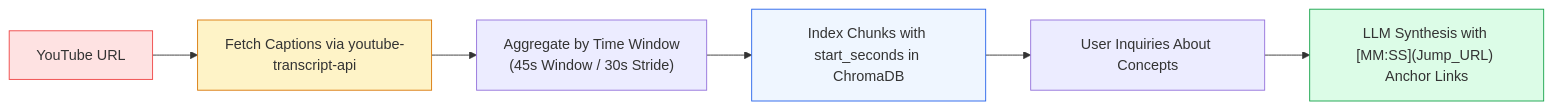
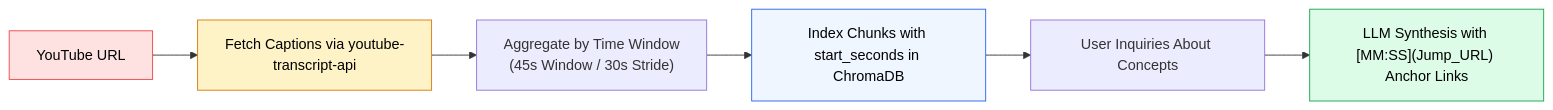
Before and after one commit to swapnil3104/RAG-Engineering: the third of 3 diagrams in 10-Hands-On-Projects/05-Youtube-Video-RAG/README.md, drawn with Mermaid. The commit also changed other lines of this file and 108 other files, not shown here.

Commit message:
fix: make chart text visible across all Mermaid diagrams and resolve markdown table formatting issues

````diff
--- a/10-Hands-On-Projects/05-Youtube-Video-RAG/README.md
+++ b/10-Hands-On-Projects/05-Youtube-Video-RAG/README.md
@@ -469,13 +469,13 @@
 ```mermaid
 flowchart LR
     VideoURL["YouTube URL"] --> CaptionAPI["Fetch Captions via youtube-transcript-api"]
     CaptionAPI --> TemporalChunker["Aggregate by Time Window<br/>(45s Window / 30s Stride)"]
     TemporalChunker --> ChromaDB["Index Chunks with start_seconds in ChromaDB"]
     ChromaDB --> Query["User Inquiries About Concepts"]
     Query --> FormattedLLM["LLM Synthesis with [MM:SS](Jump_URL) Anchor Links"]
 
-    style VideoURL fill:#fee2e2,stroke:#ef4444
-    style CaptionAPI fill:#fef3c7,stroke:#d97706
-    style ChromaDB fill:#eff6ff,stroke:#2563eb
-    style FormattedLLM fill:#dcfce7,stroke:#16a34a
+    style VideoURL fill:#fee2e2,stroke:#ef4444,color:#000000
+    style CaptionAPI fill:#fef3c7,stroke:#d97706,color:#000000
+    style ChromaDB fill:#eff6ff,stroke:#2563eb,color:#000000
+    style FormattedLLM fill:#dcfce7,stroke:#16a34a,color:#000000
 ```
````
